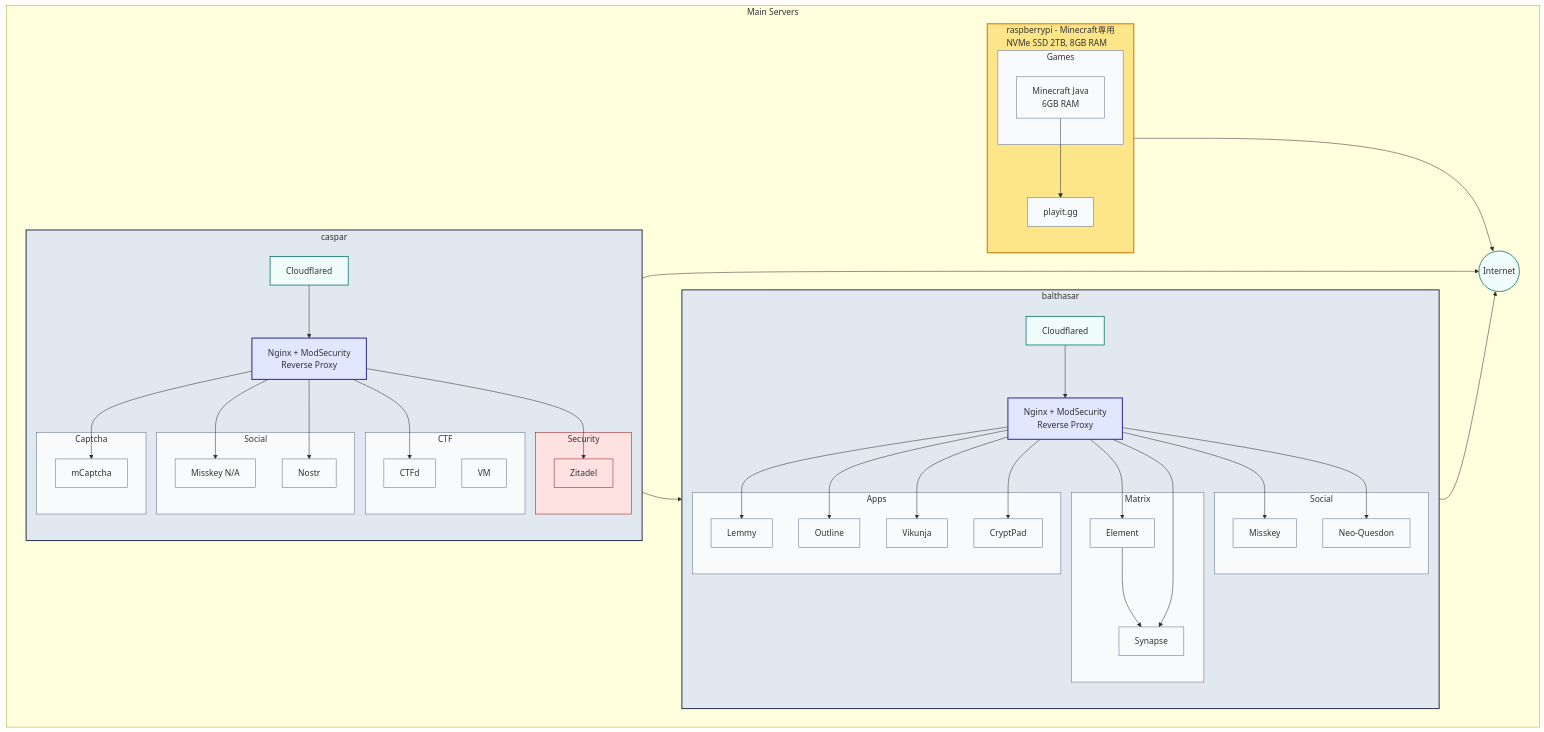
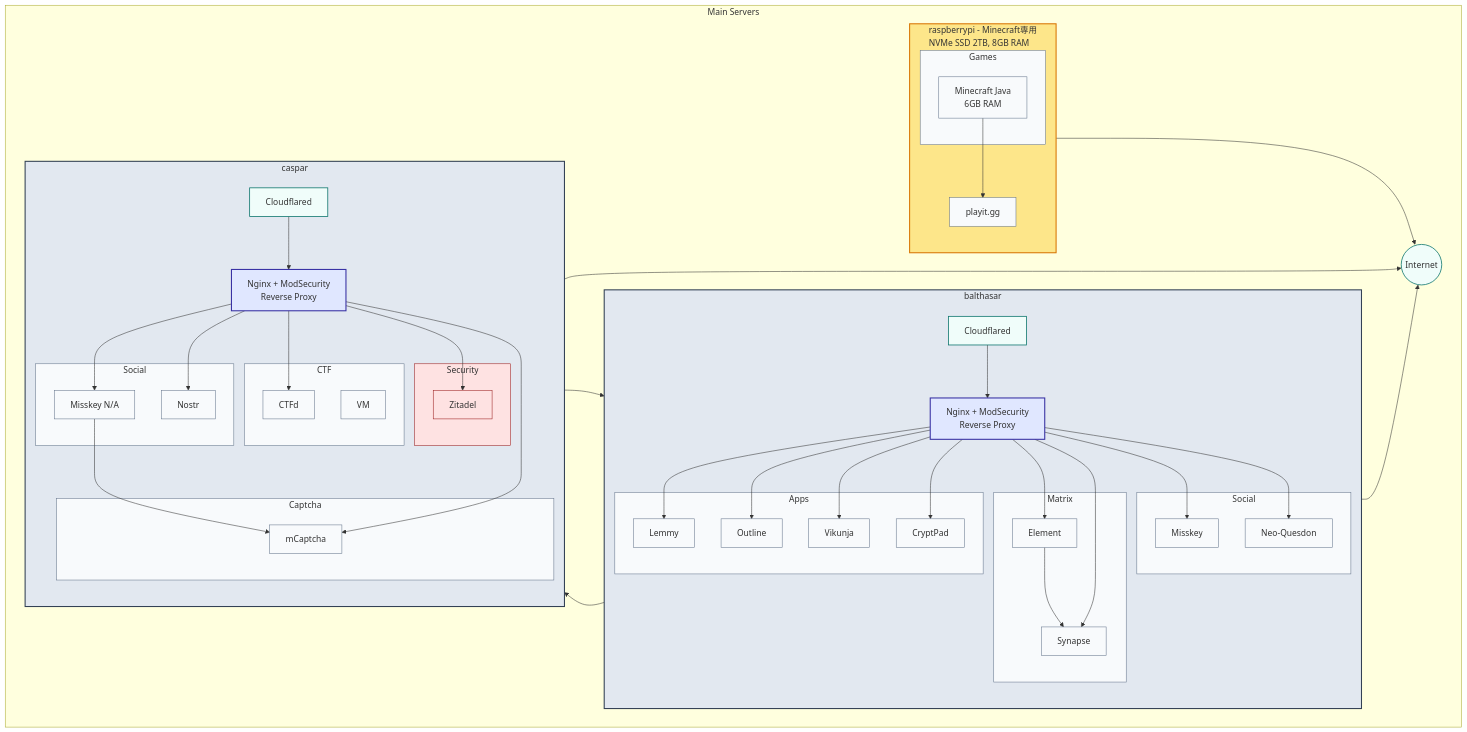
Before and after one commit to yamisskey-dev/hosted-list: the first of 3 diagrams in README.md, drawn with Mermaid. The commit also changed other lines of this file, not shown here.

```diff
--- a/README.md
+++ b/README.md
@@ -79,6 +79,8 @@
     zitadel --> outline
     element --> synapse
     minecraft --> playig
+    yamisskey --> mcaptcha
+    nayamisskey --> mcaptcha
 
     %% Cloudflared to Nginx connections
     cloudflared_b --> nginx_b
```
